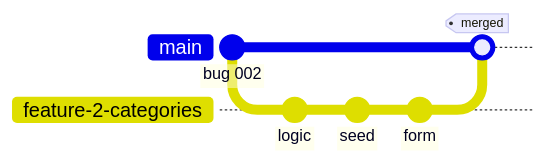
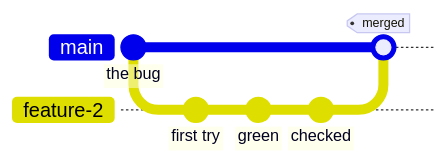
Before and after one commit to Nova-SBE-Introduction-to-Programming/intro-to-programming-2026: the diagram in decks/diagrams/gitgraph.mmd, drawn with Mermaid. The commit also changed 14 other files, not shown here.

```diff
--- a/decks/diagrams/gitgraph.mmd
+++ b/decks/diagrams/gitgraph.mmd
@@ -1,10 +1,10 @@
 %%{init: {"gitGraph": {"rotateCommitLabel": false, "showBranches": true},
           "themeVariables": {"commitLabelFontSize": "13px"}}}%%
 gitGraph
-  commit id: "bug 002"
-  branch feature-2-categories
-  commit id: "logic"
-  commit id: "seed"
-  commit id: "form"
+  commit id: "the bug"
+  branch feature-2
+  commit id: "first try"
+  commit id: "green"
+  commit id: "checked"
   checkout main
-  merge feature-2-categories tag: "merged"
+  merge feature-2 tag: "merged"
```
